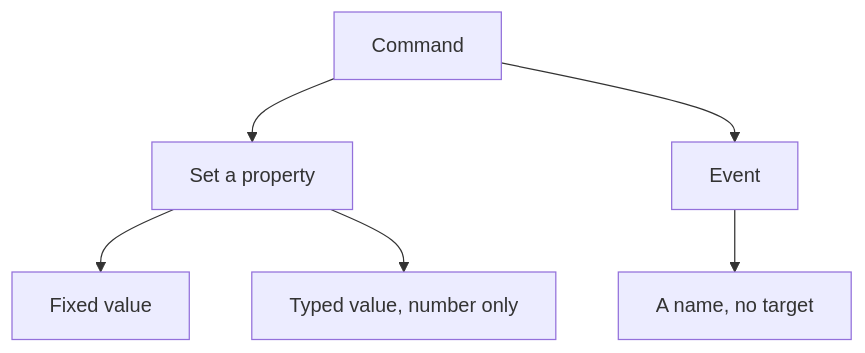
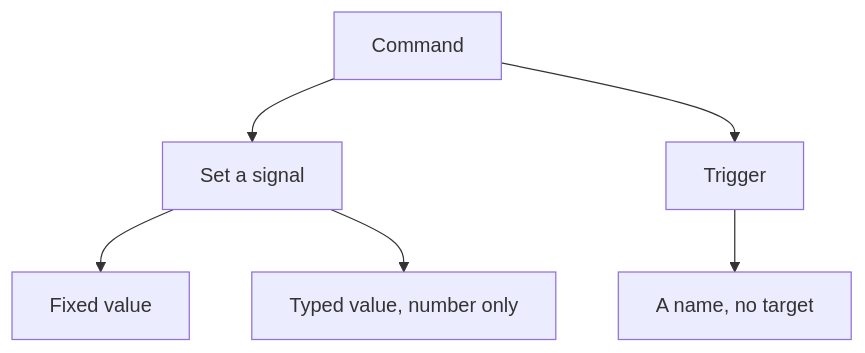
One commit to AlexandreGallais/synoptic-studio-spec changed the first of 3 diagrams in metadata/07-commands.md. Above: the diagram before and after it, drawn with Mermaid. The commit also changed other lines of this file and 18 other files, not shown here.

````diff
--- a/metadata/07-commands.md
+++ b/metadata/07-commands.md
@@ -14,8 +14,8 @@
 ```mermaid
 flowchart TD
-    C[Command] --> S[Set a property]
-    C --> E[Event]
+    C[Command] --> S[Set a signal]
+    C --> E[Trigger]
     S --> F[Fixed value]
     S --> T[Typed value, number only]
     E --> N[A name, no target]
 ```
````
